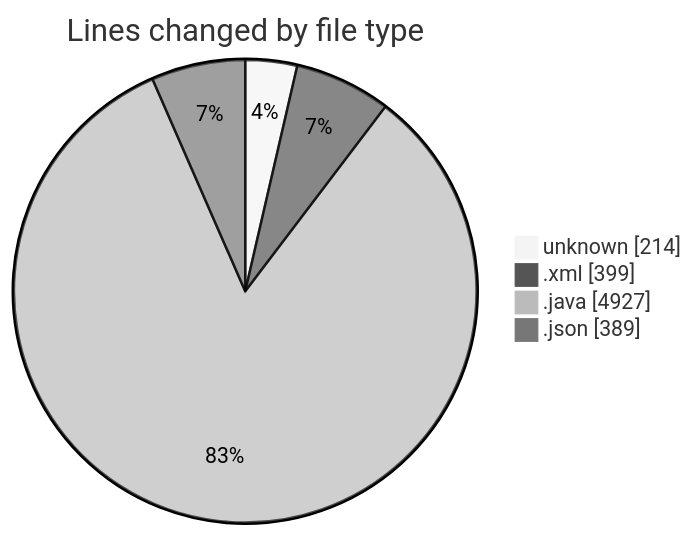
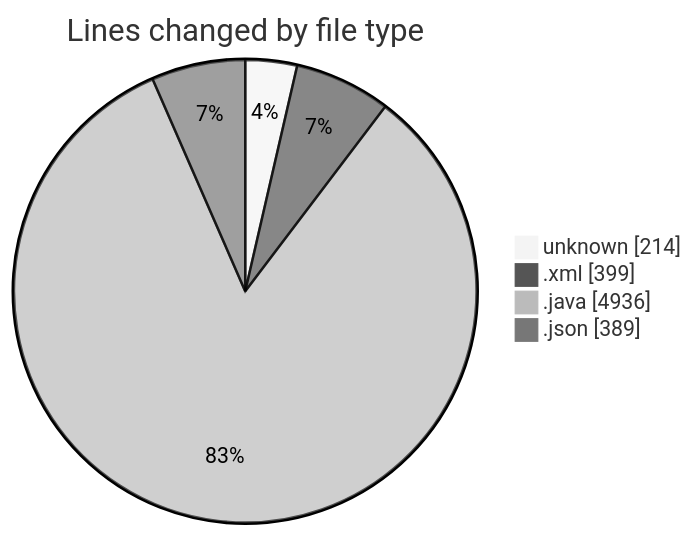
One commit to charlie-sans/code-tracking changed the first of 2 diagrams in 2025-02-24/micros/README.md. Above: the diagram before and after it, drawn with Mermaid (neutral theme). The commit also changed other lines of this file and 1 other file, not shown here.

````diff
--- a/2025-02-24/micros/README.md
+++ b/2025-02-24/micros/README.md
@@ -35,8 +35,8 @@
 ```mermaid
 pie showData
 title Lines changed by file type
 "unknown" : 214
 ".xml" : 399
-".java" : 4927
+".java" : 4936
 ".json" : 389
 ```
````
